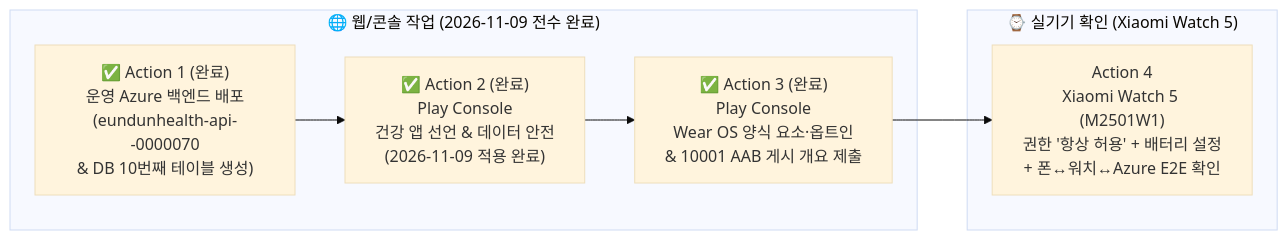
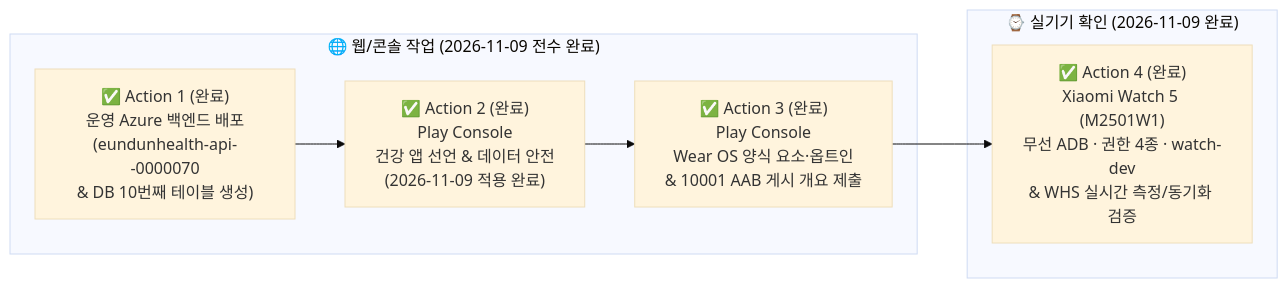
Before and after one commit to gunnysis/eundunHealth: the diagram in docs/reports/2026-11-09-wear-os-user-action-items-guide.md, drawn with Mermaid (base theme). The commit also changed other lines of this file and 36 other files, not shown here.

````diff
--- a/docs/reports/2026-11-09-wear-os-user-action-items-guide.md
+++ b/docs/reports/2026-11-09-wear-os-user-action-items-guide.md
@@ -14,15 +14,15 @@
 ```mermaid
 flowchart LR
     subgraph Now["🌐 웹/콘솔 작업 (2026-11-09 전수 완료)"]
         A1["✅ Action 1 (완료)\n운영 Azure 백엔드 배포\n(eundunhealth-api--0000070\n& DB 10번째 테이블 생성)"]
         A2["✅ Action 2 (완료)\nPlay Console\n건강 앱 선언 & 데이터 안전\n(2026-11-09 적용 완료)"]
         A3["✅ Action 3 (완료)\nPlay Console\nWear OS 양식 요소·옵트인\n& 10001 AAB 게시 개요 제출"]
         A1 --> A2 --> A3
     end
 
-    subgraph Watch["⌚ 실기기 확인 (Xiaomi Watch 5)"]
-        A4["Action 4\nXiaomi Watch 5 (M2501W1)\n권한 '항상 허용' + 배터리 설정\n+ 폰↔워치↔Azure E2E 확인"]
+    subgraph Watch["⌚ 실기기 확인 (2026-11-09 완료)"]
+        A4["✅ Action 4 (완료)\nXiaomi Watch 5 (M2501W1)\n무선 ADB · 권한 4종 · watch-dev\n& WHS 실시간 측정/동기화 검증"]
     end
 
     A3 --> A4
 ```
````
